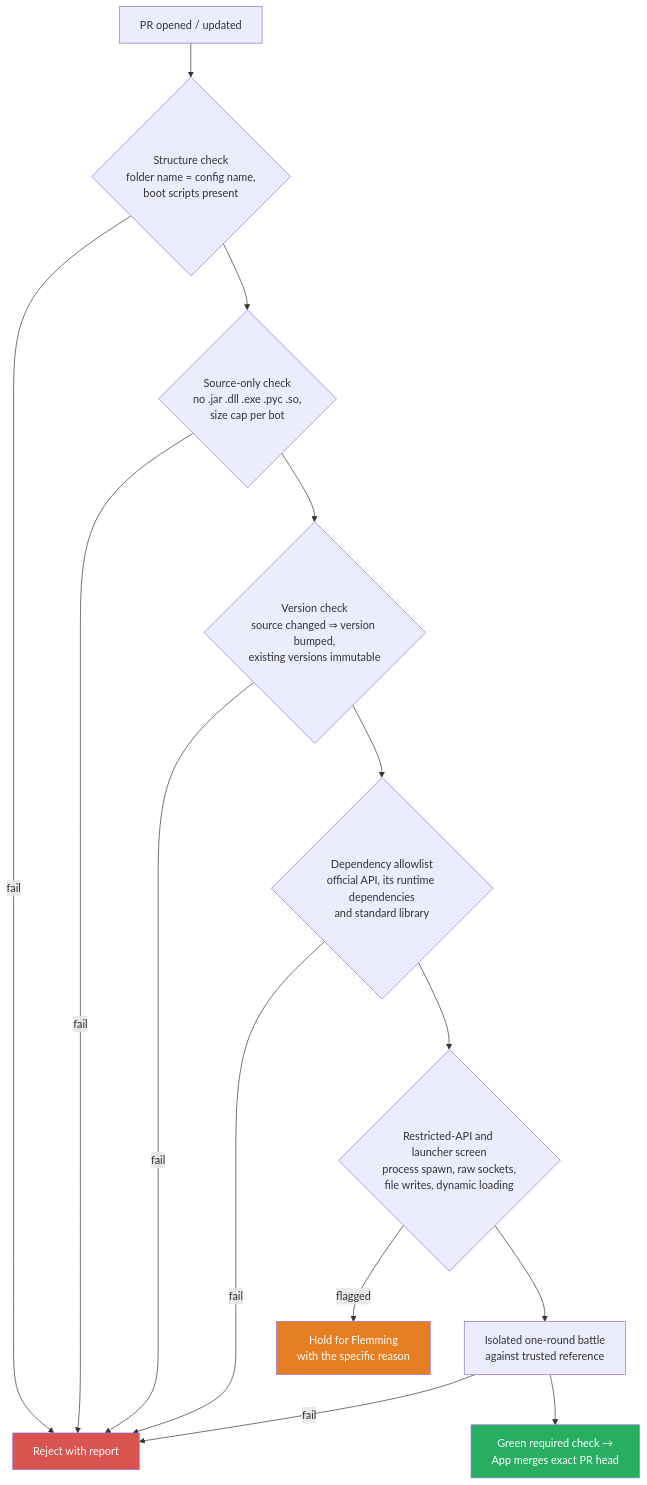
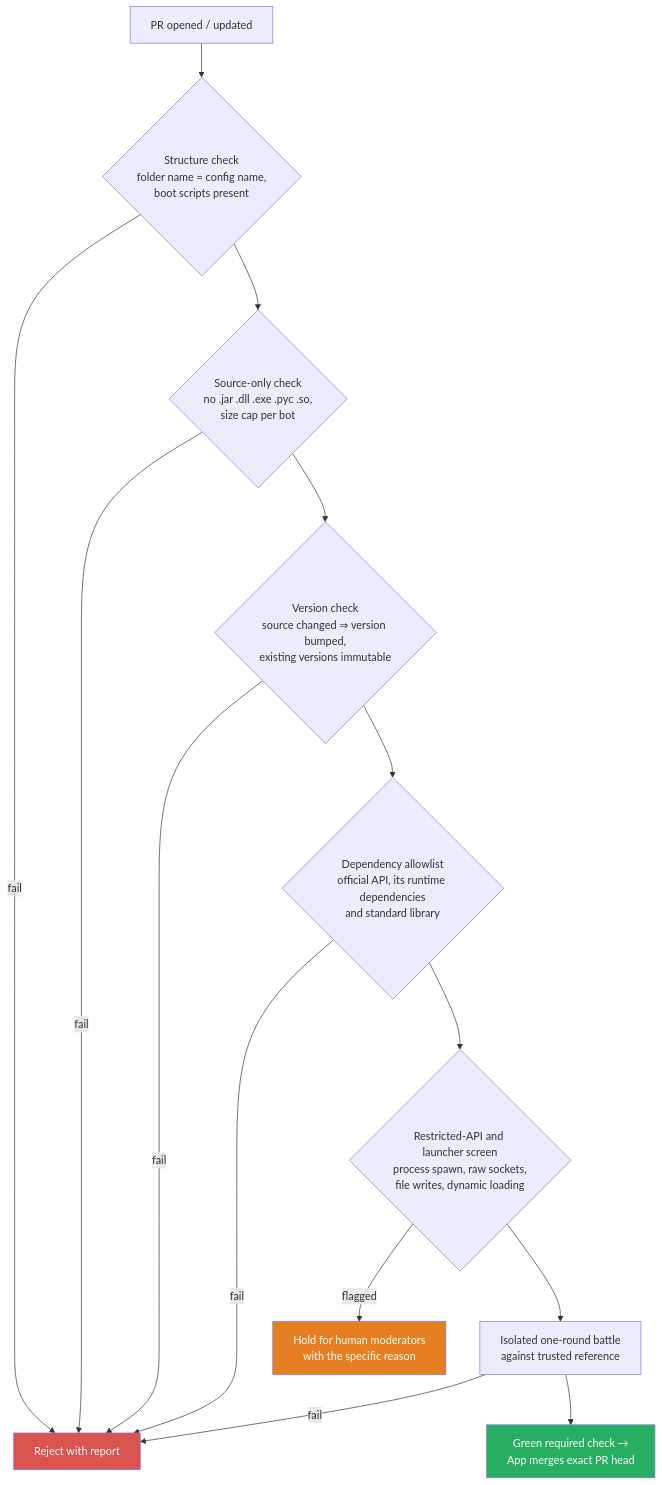
The second of 2 diagrams in docs/design/rumble/bot-submission.md (robocode-dev/tank-royale), drawn with Mermaid before and after one commit. The commit also changed other lines of this file and 12 other files, not shown here.

````diff
--- a/docs/design/rumble/bot-submission.md
+++ b/docs/design/rumble/bot-submission.md
@@ -84,20 +84,20 @@
 ```mermaid
 flowchart TD
     A["PR opened / updated"] --> B{"Structure check<br/>folder name = config name,<br/>boot scripts present"}
     B -->|fail| R["Reject with report"]
     B --> C{"Source-only check<br/>no .jar .dll .exe .pyc .so,<br/>size cap per bot"}
     C -->|fail| R
     C --> D{"Version check<br/>source changed ⇒ version bumped,<br/>existing versions immutable"}
     D -->|fail| R
     D --> E{"Dependency allowlist<br/>official API, its runtime dependencies<br/>and standard library"}
     E -->|fail| R
     E --> F{"Restricted-API and launcher screen<br/>process spawn, raw sockets,<br/>file writes, dynamic loading"}
-    F -->|flagged| M["Hold for Flemming<br/>with the specific reason"]
+    F -->|flagged| M["Hold for human moderators<br/>with the specific reason"]
     F --> G["Isolated one-round battle<br/>against trusted reference"]
     G -->|fail| R
     G --> H["Green required check →<br/>App merges exact PR head"]
 
     style R fill:#D9534F,color:#fff
     style M fill:#E67E22,color:#fff
     style H fill:#27AE60,color:#fff
 ```
````
